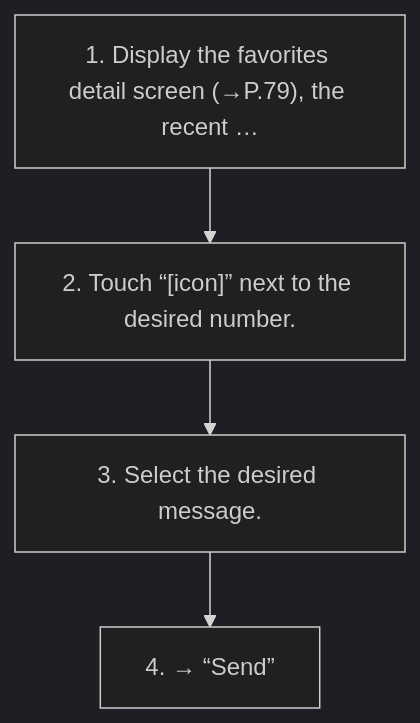
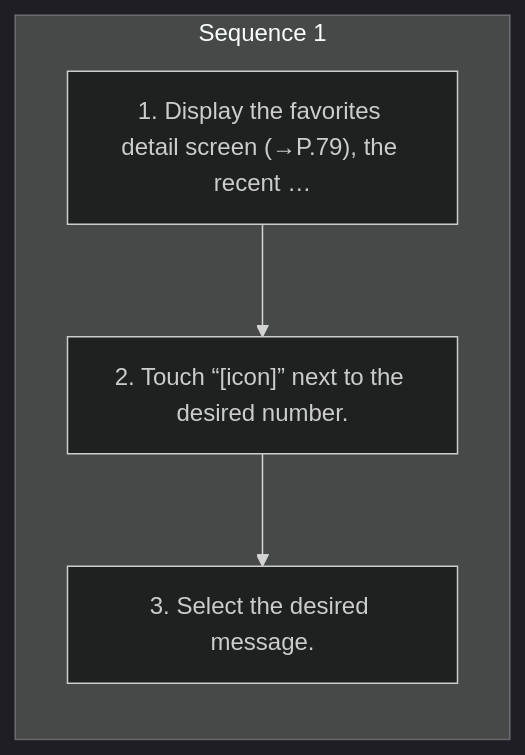
Before and after one commit to Chieko-Y/my-spec-generator: the diagram in workspace/subaru/outback-2026/ivi/published/phone/19-sending-a-new-short-message.md, drawn with Mermaid (dark theme). The commit also changed other lines of this file and 268 other files, not shown here.

````diff
--- a/workspace/subaru/outback-2026/ivi/published/phone/19-sending-a-new-short-message.md
+++ b/workspace/subaru/outback-2026/ivi/published/phone/19-sending-a-new-short-message.md
@@ -9,10 +9,11 @@
 ```mermaid
 flowchart TD
-    S1["1. Display the favorites detail screen (→P.79), the recent …"]
-    S2["2. Touch “[icon]” next to the desired number."]
-    S3["3. Select the desired message."]
-    S4["4. → “Send”"]
-    S1 --> S2
-    S2 --> S3
-    S3 --> S4
+    subgraph SEQ1["Sequence 1"]
+    direction TB
+    S1_1["1. Display the favorites detail screen (→P.79), the recent …"]
+    S1_2["2. Touch “[icon]” next to the desired number."]
+    S1_3["3. Select the desired message."]
+    S1_1 --> S1_2
+    S1_2 --> S1_3
+    end
 ```
````
